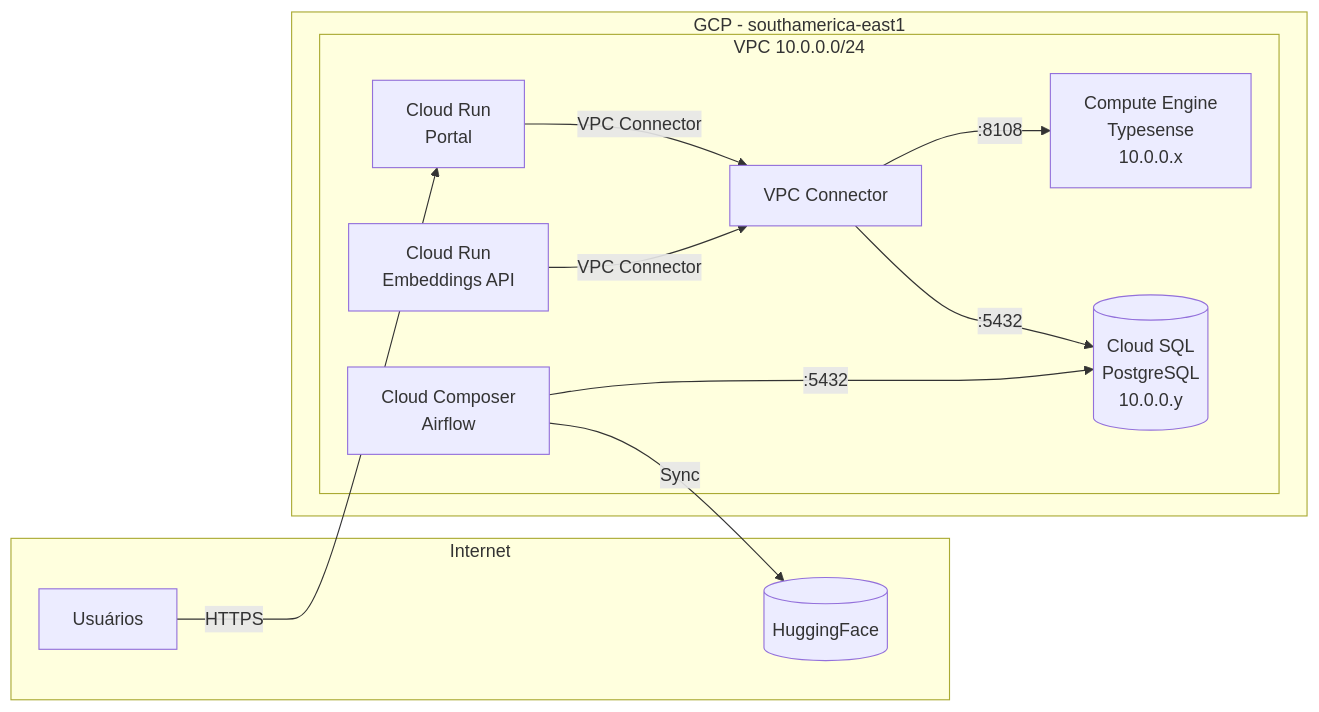
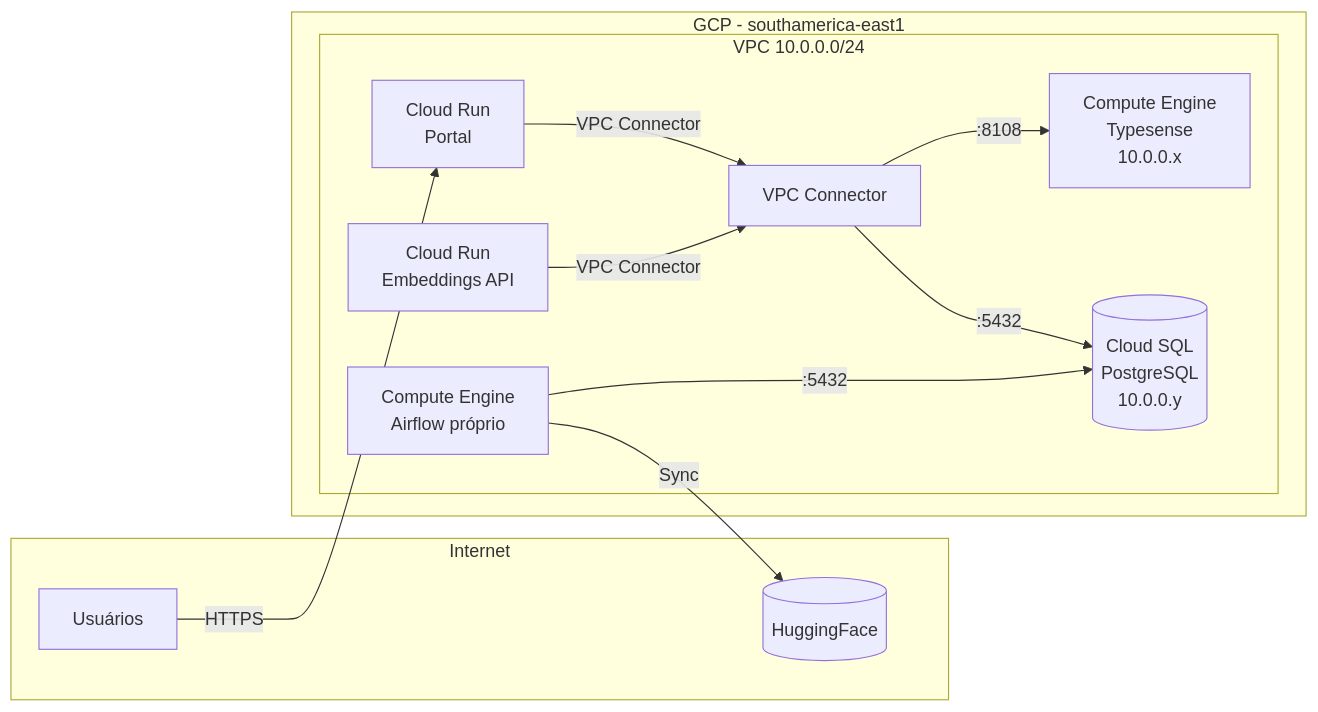
One commit to destaquesgovbr/docs changed the second of 3 diagrams in docs/infraestrutura/arquitetura-gcp.md. Above: the diagram before and after it, drawn with Mermaid. The commit also changed other lines of this file and 8 other files, not shown here.

First line of the commit message:
docs: orquestração no Airflow próprio da VM e scraping numa DAG a cada 2 h (#57)

````diff
--- a/docs/infraestrutura/arquitetura-gcp.md
+++ b/docs/infraestrutura/arquitetura-gcp.md
@@ -216,26 +220,26 @@
 ```mermaid
 flowchart LR
     subgraph "Internet"
         U[Usuários]
         HF[(HuggingFace)]
     end
 
     subgraph "GCP - southamerica-east1"
         subgraph "VPC 10.0.0.0/24"
             CR[Cloud Run<br/>Portal]
             EMB[Cloud Run<br/>Embeddings API]
             VC[VPC Connector]
             TS[Compute Engine<br/>Typesense<br/>10.0.0.x]
             PG[(Cloud SQL<br/>PostgreSQL<br/>10.0.0.y)]
-            CC[Cloud Composer<br/>Airflow]
+            CC[Compute Engine<br/>Airflow próprio]
         end
     end
 
     U -->|HTTPS| CR
     CR -->|VPC Connector| VC
     VC -->|:8108| TS
     VC -->|:5432| PG
     EMB -->|VPC Connector| VC
     CC -->|:5432| PG
     CC -->|Sync| HF
 ```
````
